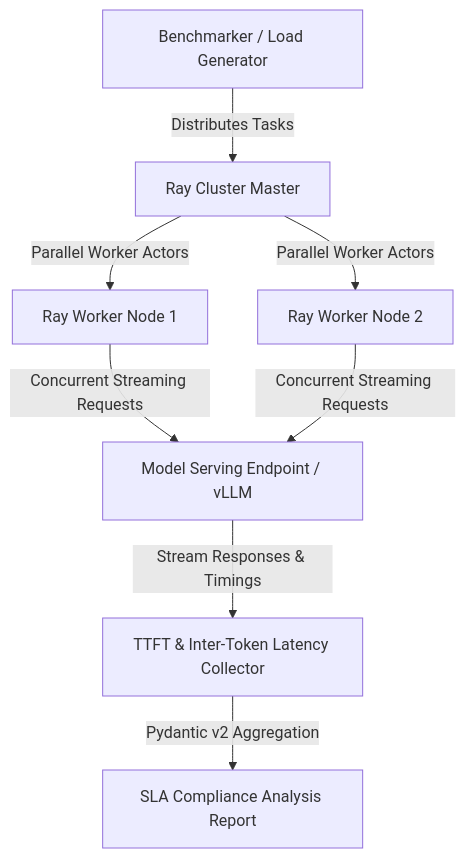
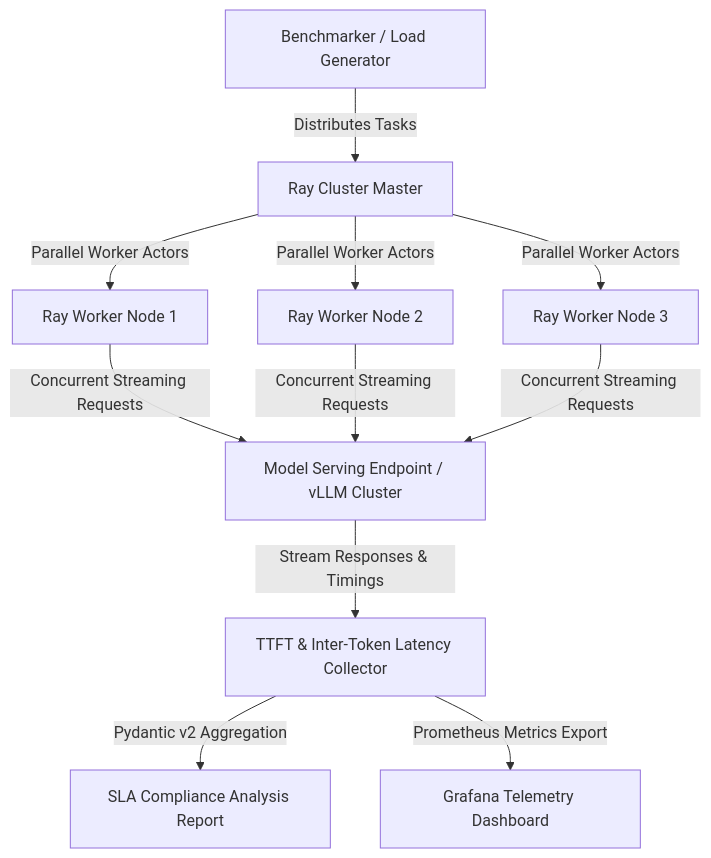
Before and after one commit to joanmarcriera/Home-office-automations: the diagram in docs/tools/benchmarking/llmperf.md, drawn with Mermaid. The commit also changed other lines of this file and 5 other files, not shown here.

````diff
--- a/docs/tools/benchmarking/llmperf.md
+++ b/docs/tools/benchmarking/llmperf.md
@@ -8,10 +8,13 @@
 ```mermaid
 graph TD
     A[Benchmarker / Load Generator] -->|Distributes Tasks| B[Ray Cluster Master]
     B -->|Parallel Worker Actors| C1[Ray Worker Node 1]
     B -->|Parallel Worker Actors| C2[Ray Worker Node 2]
-    C1 -->|Concurrent Streaming Requests| D[Model Serving Endpoint / vLLM]
+    B -->|Parallel Worker Actors| C3[Ray Worker Node 3]
+    C1 -->|Concurrent Streaming Requests| D[Model Serving Endpoint / vLLM Cluster]
     C2 -->|Concurrent Streaming Requests| D
+    C3 -->|Concurrent Streaming Requests| D
     D -->|Stream Responses & Timings| E[TTFT & Inter-Token Latency Collector]
     E -->|Pydantic v2 Aggregation| F[SLA Compliance Analysis Report]
+    E -->|Prometheus Metrics Export| G[Grafana Telemetry Dashboard]
 ```
````
